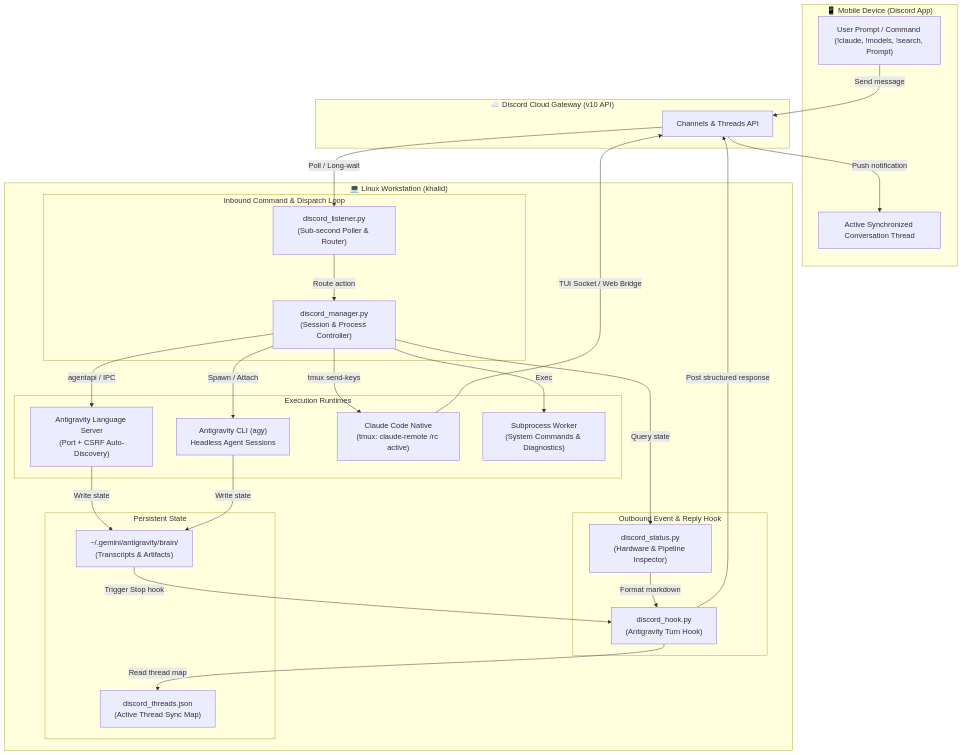
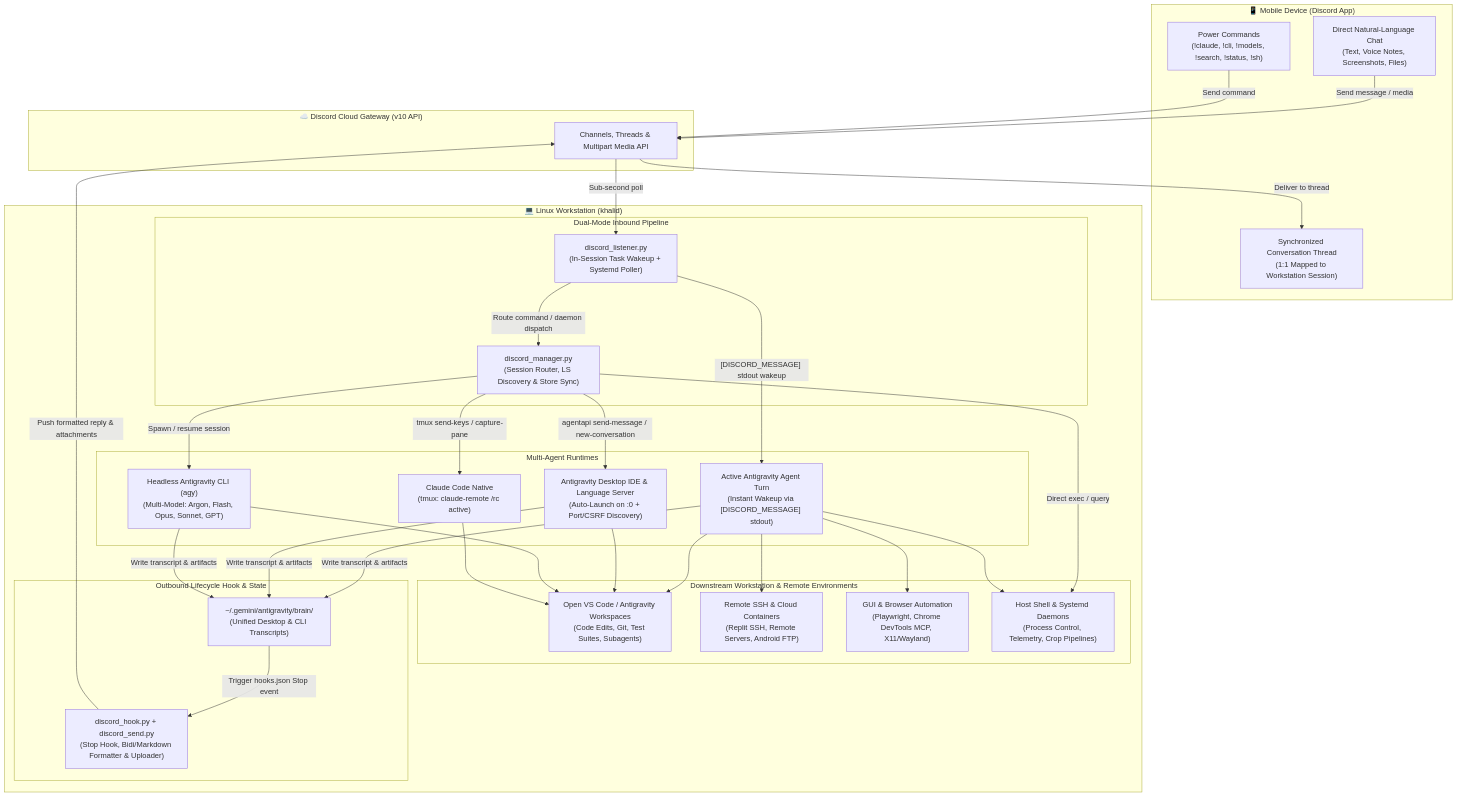
The diagram in README.md (kmbenjel/workstation-discord-bridge), drawn with Mermaid before and after one commit. The commit also changed other lines of this file and 2 other files, not shown here.

Commit message:
docs: emphasize direct conversational steering with Antigravity, multi-agent orchestration, remote SSH & VS Code control

````diff
--- a/README.md
+++ b/README.md
@@ -30,55 +82,66 @@
 ```mermaid
 flowchart TB
     subgraph Mobile ["📱 Mobile Device (Discord App)"]
-        UserPrompt["User Prompt / Command (!claude, !models, !search, Prompt)"]
-        MobileThread["Active Synchronized Conversation Thread"]
+        NaturalChat["Direct Natural-Language Chat\n(Text, Voice Notes, Screenshots, Files)"]
+        BangCmds["Power Commands\n(!claude, !cli, !models, !search, !status, !sh)"]
+        MobileThread["Synchronized Conversation Thread\n(1:1 Mapped to Workstation Session)"]
     end
 
     subgraph DiscordCloud ["☁️ Discord Cloud Gateway (v10 API)"]
-        Gateway["Channels & Threads API"]
+        Gateway["Channels, Threads & Multipart Media API"]
     end
 
     subgraph Workstation ["💻 Linux Workstation (khalid)"]
-        subgraph InboundPipeline ["Inbound Command & Dispatch Loop"]
-            Listener["discord_listener.py\n(Sub-second Poller & Router)"]
-            Manager["discord_manager.py\n(Session & Process Controller)"]
+        subgraph InboundPipeline ["Dual-Mode Inbound Pipeline"]
+            Listener["discord_listener.py\n(In-Session Task Wakeup + Systemd Poller)"]
+            Manager["discord_manager.py\n(Session Router, LS Discovery & Store Sync)"]
         end
 
-        subgraph CoreRuntimes ["Execution Runtimes"]
-            AntigravityLS["Antigravity Language Server\n(Port + CSRF Auto-Discovery)"]
-            AgyCLI["Antigravity CLI (agy)\nHeadless Agent Sessions"]
+        subgraph AgentRuntimes ["Multi-Agent Runtimes"]
+            ActiveTurn["Active Antigravity Agent Turn\n(Instant Wakeup via [DISCORD_MESSAGE] stdout)"]
+            AntigravityLS["Antigravity Desktop IDE & Language Server\n(Auto-Launch on :0 + Port/CSRF Discovery)"]
+            AgyCLI["Headless Antigravity CLI (agy)\n(Multi-Model: Argon, Flash, Opus, Sonnet, GPT)"]
             ClaudeRemote["Claude Code Native\n(tmux: claude-remote /rc active)"]
-            ShellWorker["Subprocess Worker\n(System Commands & Diagnostics)"]
         end
 
-        subgraph OutboundPipeline ["Outbound Event & Reply Hook"]
-            Hook["discord_hook.py\n(Antigravity Turn Hook)"]
-            StatusGen["discord_status.py\n(Hardware & Pipeline Inspector)"]
+        subgraph WorkstationControl ["Downstream Workstation & Remote Environments"]
+            VSCodeWork["Open VS Code / Antigravity Workspaces\n(Code Edits, Git, Test Suites, Subagents)"]
+            RemoteSSH["Remote SSH & Cloud Containers\n(Replit SSH, Remote Servers, Android FTP)"]
+            BrowserMCP["GUI & Browser Automation\n(Playwright, Chrome DevTools MCP, X11/Wayland)"]
+            ShellWorker["Host Shell & Systemd Daemons\n(Process Control, Telemetry, Crop Pipelines)"]
         end
 
-        subgraph Storage ["Persistent State"]
-            Brain["~/.gemini/antigravity/brain/\n(Transcripts & Artifacts)"]
-            ThreadsJSON["discord_threads.json\n(Active Thread Sync Map)"]
+        subgraph OutboundPipeline ["Outbound Lifecycle Hook & State"]
+            Brain["~/.gemini/antigravity/brain/\n(Unified Desktop & CLI Transcripts)"]
+            Hook["discord_hook.py + discord_send.py\n(Stop Hook, Bidi/Markdown Formatter & Uploader)"]
         end
     end
 
     %% Inbound Flow
-    UserPrompt -->|Send message| Gateway
-    Gateway -->|Poll / Long-wait| Listener
-    Listener -->|Route action| Manager
-    Manager -->|agentapi / IPC| AntigravityLS
-    Manager -->|Spawn / Attach| AgyCLI
-    Manager -->|tmux send-keys| ClaudeRemote
-    Manager -->|Exec| ShellWorker
-    Manager -->|Query state| StatusGen
+    NaturalChat -->|Send message / media| Gateway
+    BangCmds -->|Send command| Gateway
+    Gateway -->|Sub-second poll| Listener
+    Listener -->|"[DISCORD_MESSAGE]" stdout wakeup| ActiveTurn
+    Listener -->|Route command / daemon dispatch| Manager
+    Manager -->|agentapi send-message / new-conversation| AntigravityLS
+    Manager -->|Spawn / resume session| AgyCLI
+    Manager -->|tmux send-keys / capture-pane| ClaudeRemote
+    Manager -->|Direct exec / query| ShellWorker
+
+    %% Agent Capabilities
+    ActiveTurn --> VSCodeWork
+    ActiveTurn --> RemoteSSH
+    ActiveTurn --> BrowserMCP
+    ActiveTurn --> ShellWorker
+    AntigravityLS --> VSCodeWork
+    AgyCLI --> VSCodeWork
+    ClaudeRemote --> VSCodeWork
 
     %% Outbound Flow
-    AntigravityLS -->|Write state| Brain
-    AgyCLI -->|Write state| Brain
-    ClaudeRemote -->|TUI Socket / Web Bridge| Gateway
-    Brain -->|Trigger Stop hook| Hook
-    Hook -->|Read thread map| ThreadsJSON
-    Hook -->|Post structured response| Gateway
-    Gateway -->|Push notification| MobileThread
-    StatusGen -->|Format markdown| Hook
+    ActiveTurn -->|Write transcript & artifacts| Brain
+    AntigravityLS -->|Write transcript & artifacts| Brain
+    AgyCLI -->|Write transcript & artifacts| Brain
+    Brain -->|Trigger hooks.json Stop event| Hook
+    Hook -->|Push formatted reply & attachments| Gateway
+    Gateway -->|Deliver to thread| MobileThread
 ```
````
